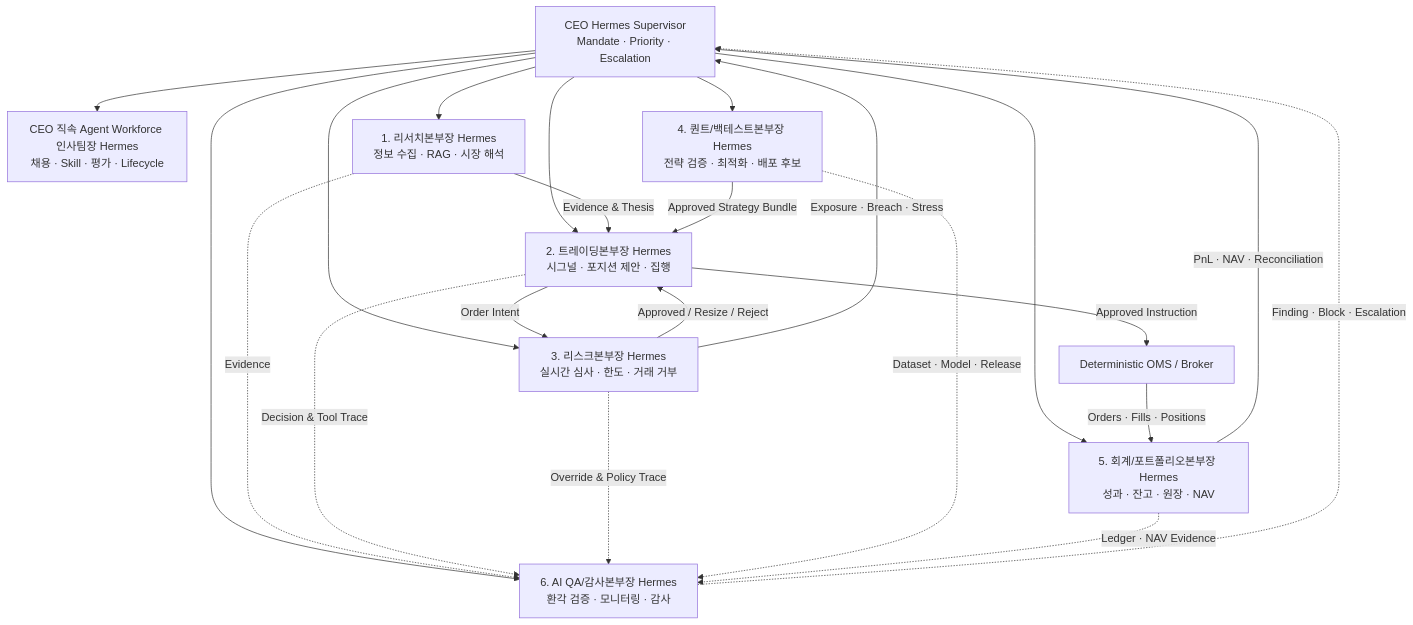
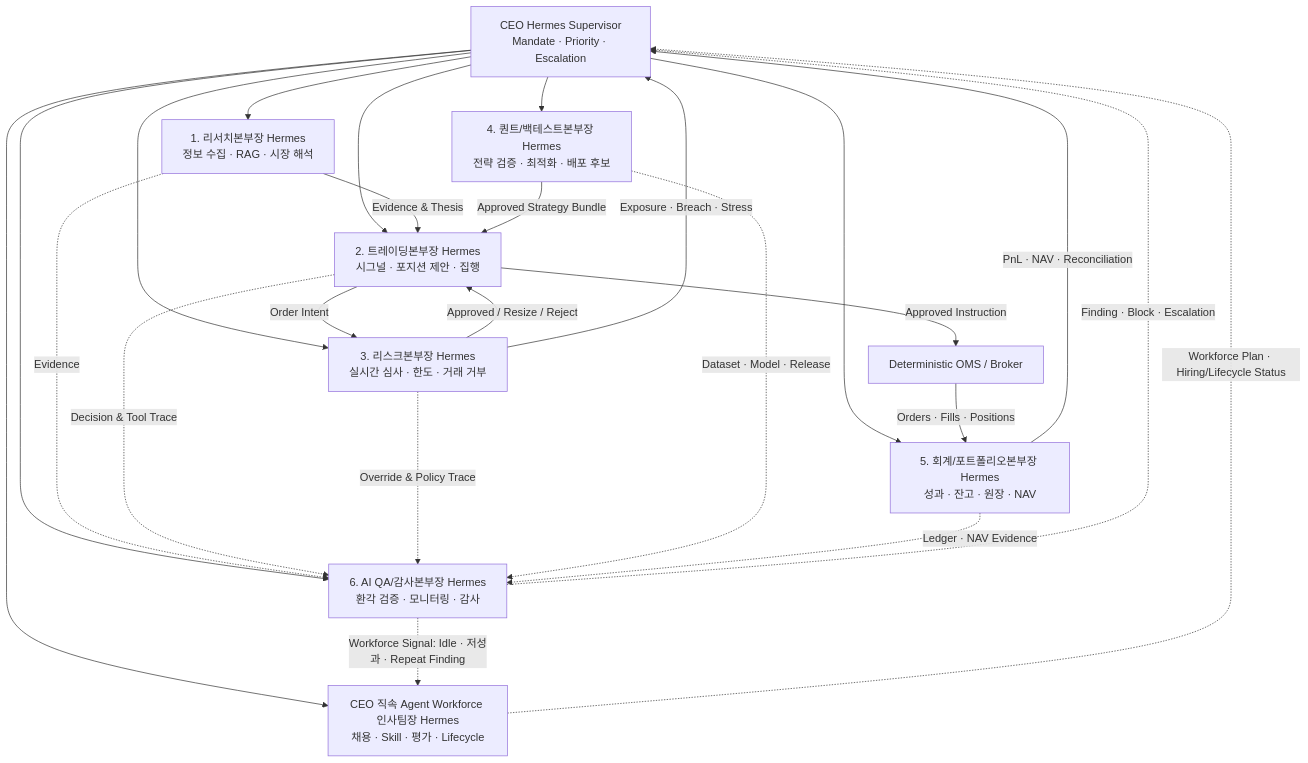
One commit to HgFinance/multi_agent changed the second of 4 diagrams in docs/HEDGE_FUND_MASTER_PLAN.md. Above: the diagram before and after it, drawn with Mermaid. The commit also changed other lines of this file, not shown here.

````diff
--- a/docs/HEDGE_FUND_MASTER_PLAN.md
+++ b/docs/HEDGE_FUND_MASTER_PLAN.md
@@ -304,28 +304,31 @@
 ```mermaid
 flowchart TB
     CEO["CEO Hermes Supervisor<br/>Mandate · Priority · Escalation"]
 
     CEO --> HR["CEO 직속 Agent Workforce 인사팀장 Hermes<br/>채용 · Skill · 평가 · Lifecycle"]
     CEO --> RES["1. 리서치본부장 Hermes<br/>정보 수집 · RAG · 시장 해석"]
     CEO --> TRD["2. 트레이딩본부장 Hermes<br/>시그널 · 포지션 제안 · 집행"]
     CEO --> RSK["3. 리스크본부장 Hermes<br/>실시간 심사 · 한도 · 거래 거부"]
     CEO --> QNT["4. 퀀트/백테스트본부장 Hermes<br/>전략 검증 · 최적화 · 배포 후보"]
     CEO --> ACC["5. 회계/포트폴리오본부장 Hermes<br/>성과 · 잔고 · 원장 · NAV"]
     CEO --> QAA["6. AI QA/감사본부장 Hermes<br/>환각 검증 · 모니터링 · 감사"]
 
     RES -->|"Evidence & Thesis"| TRD
     QNT -->|"Approved Strategy Bundle"| TRD
     TRD -->|"Order Intent"| RSK
     RSK -->|"Approved / Resize / Reject"| TRD
     TRD -->|"Approved Instruction"| OMS["Deterministic OMS / Broker"]
     OMS -->|"Orders · Fills · Positions"| ACC
     ACC -->|"PnL · NAV · Reconciliation"| CEO
     RSK -->|"Exposure · Breach · Stress"| CEO
 
     RES -.->|"Evidence"| QAA
     TRD -.->|"Decision & Tool Trace"| QAA
     RSK -.->|"Override & Policy Trace"| QAA
     QNT -.->|"Dataset · Model · Release"| QAA
     ACC -.->|"Ledger · NAV Evidence"| QAA
     QAA -.->|"Finding · Block · Escalation"| CEO
+
+    QAA -.->|"Workforce Signal: Idle · 저성과 · Repeat Finding"| HR
+    HR -.->|"Workforce Plan · Hiring/Lifecycle Status"| CEO
 ```
````
